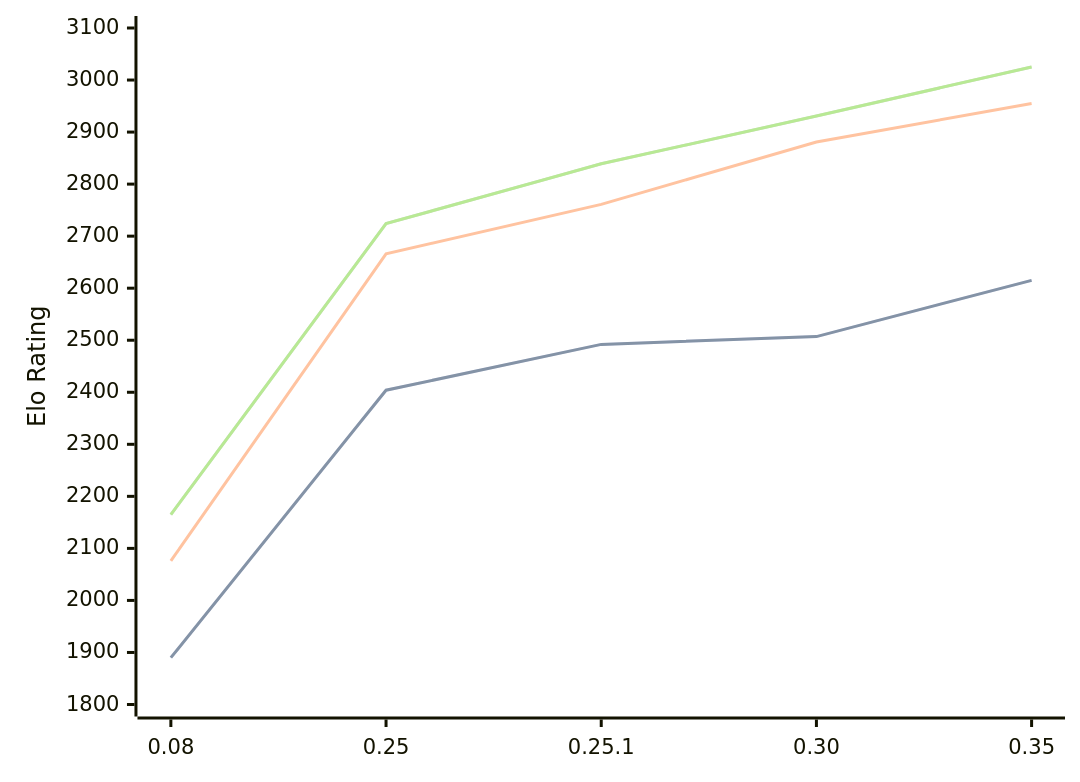
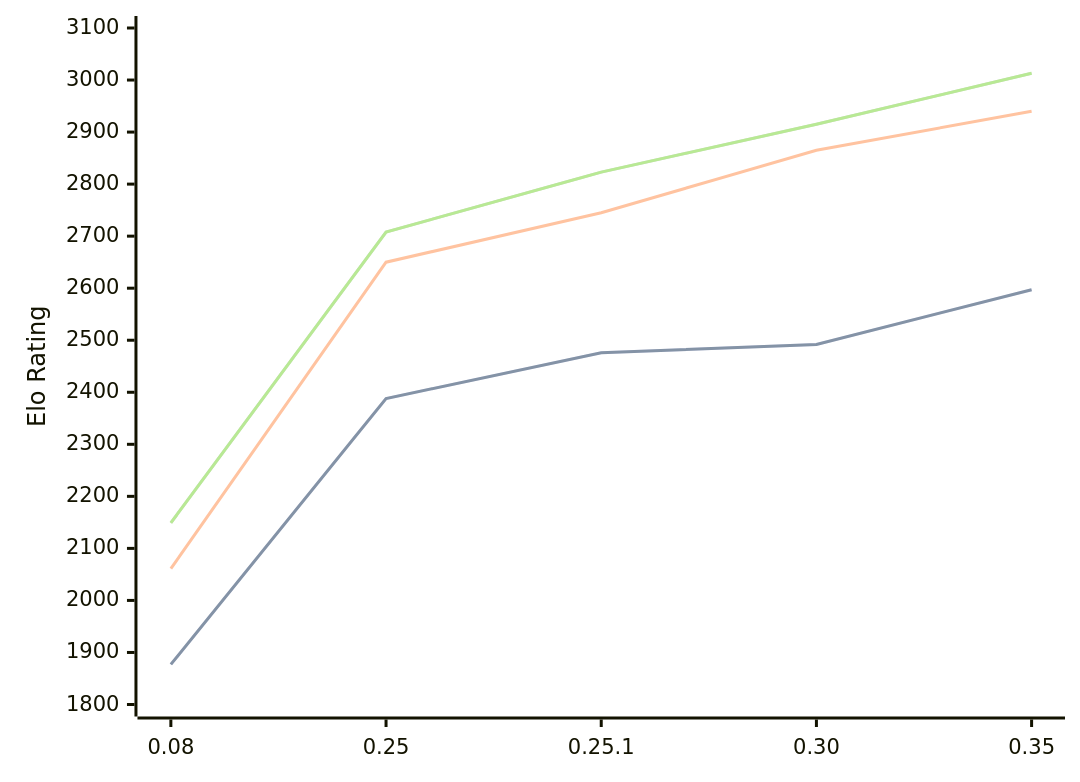
One commit to computer-chess-index/cci changed the diagram in engines/Gecko.md. Above: the diagram before and after it, drawn with Mermaid. The commit also changed other lines of this file, not shown here.

Commit message:
Update CCI Ratings (ELO VLTC) - 2026-05-20

````diff
--- a/engines/Gecko.md
+++ b/engines/Gecko.md
@@ -35,11 +35,11 @@
 ```mermaid
 %%{init: {"theme":"base","themeVariables":{"seriesColors:['#a3a3a3','#222221','#faa371']}}}%%
 xychart-beta
   x-axis ["0.08", "0.25", "0.25.1", "0.30", "0.35"]
   y-axis "Elo Rating" 1800 --> 3100
-  line "STC (8.0+0.08s)" [1890, 2404, 2492, 2507, 2615]
-  line "STC (8.0+0.08s)" [1890, 2404, 2492, 2507, 2615]
-  line "LTC (60.0+0.60s)" [2076, 2666, 2761, 2881, 2955]
-  line "VLTC (2m24s+1.12s)" [2165, 2724, 2839, 2931, 3025]
-  line "VLTC (2m24s+1.12s)" [2165, 2724, 2839, 2931, 3025]
+  line "STC (8.0+0.08s)" [1877, 2388, 2476, 2492, 2597]
+  line "STC (8.0+0.08s)" [1877, 2388, 2476, 2492, 2597]
+  line "LTC (60.0+0.60s)" [2061, 2650, 2745, 2865, 2940]
+  line "VLTC (2m24s+1.12s)" [2149, 2708, 2823, 2915, 3013]
+  line "VLTC (2m24s+1.12s)" [2149, 2708, 2823, 2915, 3013]
 ```
````
